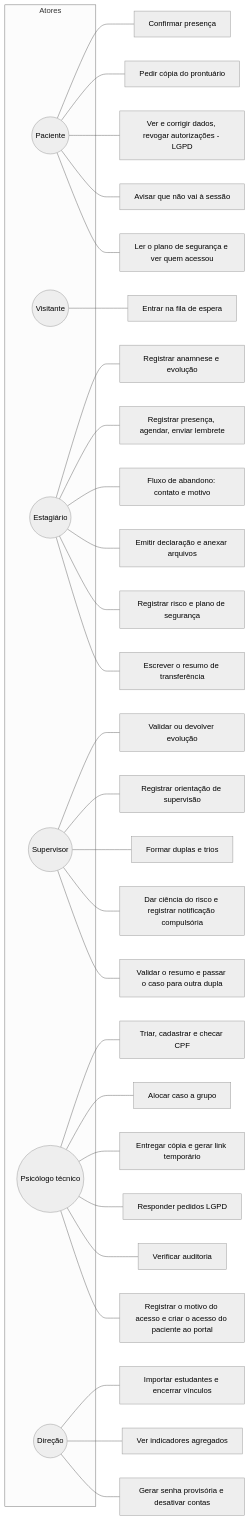
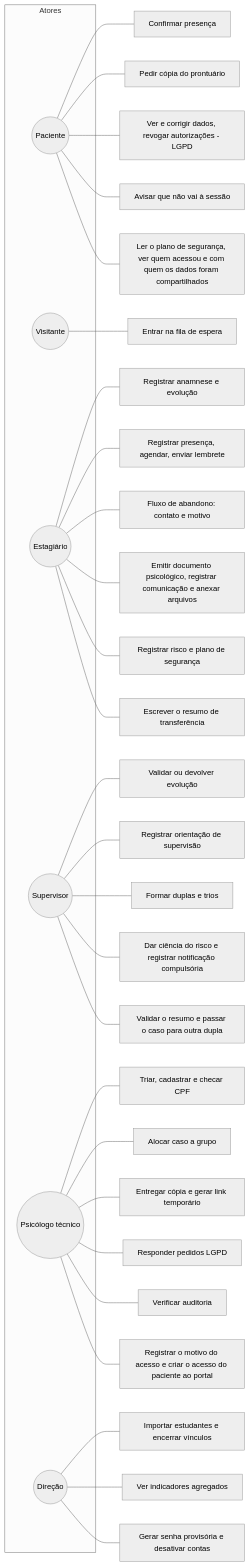
One commit to isaacjesusjj/prontuario-eletronico changed the third of 3 diagrams in docs/diagramas.md. Above: the diagram before and after it, drawn with Mermaid (neutral theme). The commit also changed other lines of this file and 23 other files, not shown here.

````diff
--- a/docs/diagramas.md
+++ b/docs/diagramas.md
@@ -347,37 +374,37 @@
 ```mermaid
 flowchart LR
     subgraph Atores
       PA((Paciente))
       VI((Visitante))
       ES((Estagiário))
       SU((Supervisor))
       TE((Psicólogo técnico))
       DI((Direção))
     end
     VI --- U1[Entrar na fila de espera]
     PA --- U2[Confirmar presença]
     PA --- U3[Pedir cópia do prontuário]
     PA --- U4[Ver e corrigir dados, revogar autorizações - LGPD]
     PA --- U19[Avisar que não vai à sessão]
-    PA --- U20[Ler o plano de segurança e ver quem acessou]
+    PA --- U20[Ler o plano de segurança, ver quem acessou e com quem os dados foram compartilhados]
     ES --- U5[Registrar anamnese e evolução]
     ES --- U6[Registrar presença, agendar, enviar lembrete]
     ES --- U7[Fluxo de abandono: contato e motivo]
-    ES --- U8[Emitir declaração e anexar arquivos]
+    ES --- U8[Emitir documento psicológico, registrar comunicação e anexar arquivos]
     ES --- U21[Registrar risco e plano de segurança]
     ES --- U25[Escrever o resumo de transferência]
     SU --- U9[Validar ou devolver evolução]
     SU --- U10[Registrar orientação de supervisão]
     SU --- U11[Formar duplas e trios]
     SU --- U22[Dar ciência do risco e registrar notificação compulsória]
     SU --- U26[Validar o resumo e passar o caso para outra dupla]
     TE --- U12[Triar, cadastrar e checar CPF]
     TE --- U13[Alocar caso a grupo]
     TE --- U14[Entregar cópia e gerar link temporário]
     TE --- U15[Responder pedidos LGPD]
     TE --- U16[Verificar auditoria]
     TE --- U23[Registrar o motivo do acesso e criar o acesso do paciente ao portal]
     DI --- U17[Importar estudantes e encerrar vínculos]
     DI --- U18[Ver indicadores agregados]
     DI --- U24[Gerar senha provisória e desativar contas]
 ```
````
